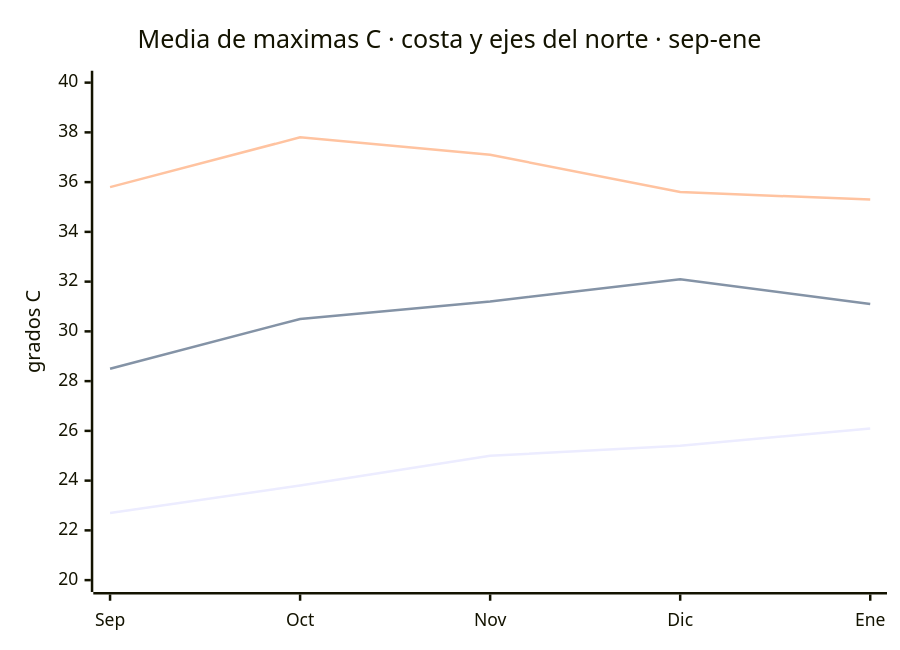
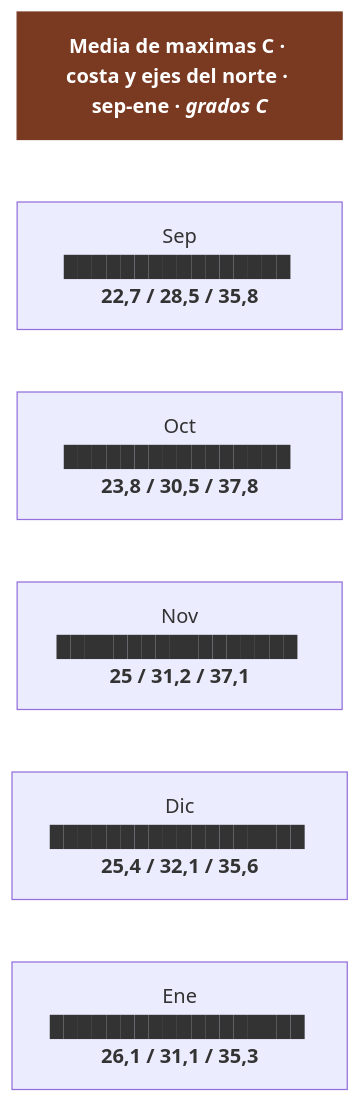
One commit to morandeirachema/namibia changed the second of 7 diagrams in 08-huecos-cerrados.md. Above: the diagram before and after it, drawn with Mermaid. The commit also changed other lines of this file and 9 other files, not shown here.

Commit message:
Cambiar los 23 graficos xychart-beta por barras de flowchart: GitHub no renderiza los tipos beta de Mermaid

````diff
--- a/08-huecos-cerrados.md
+++ b/08-huecos-cerrados.md
@@ -167,9 +169,15 @@
 ```mermaid
-xychart-beta
-    title "Media de maximas C · costa y ejes del norte · sep-ene"
-    x-axis ["Sep", "Oct", "Nov", "Dic", "Ene"]
-    y-axis "grados C" 20 --> 40
-    line [22.7, 23.8, 25.0, 25.4, 26.1]
-    line [28.5, 30.5, 31.2, 32.1, 31.1]
-    line [35.8, 37.8, 37.1, 35.6, 35.3]
+flowchart TD
+    T["<b>Media de maximas C · costa y ejes del norte · sep-ene · <i>grados C</i></b>"]
+    n0["Sep<br/>████████████████ <b>22,7 / 28,5 / 35,8</b>"]
+    n1["Oct<br/>████████████████ <b>23,8 / 30,5 / 37,8</b>"]
+    n2["Nov<br/>█████████████████ <b>25 / 31,2 / 37,1</b>"]
+    n3["Dic<br/>██████████████████ <b>25,4 / 32,1 / 35,6</b>"]
+    n4["Ene<br/>██████████████████ <b>26,1 / 31,1 / 35,3</b>"]
+    T ~~~ n0
+    n0 ~~~ n1
+    n1 ~~~ n2
+    n2 ~~~ n3
+    n3 ~~~ n4
+    style T fill:#7a3a22,color:#fff,stroke:#7a3a22
 ```
````
